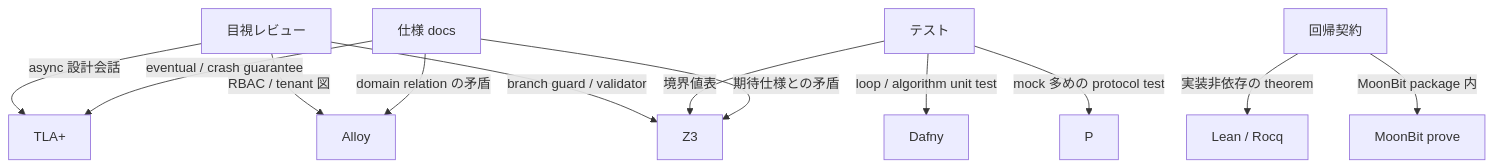
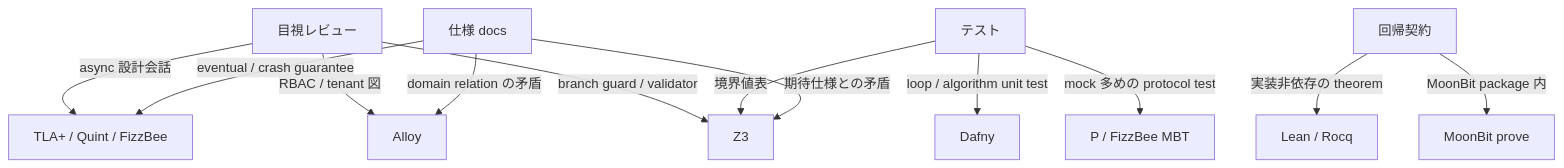
The third of 3 diagrams in book/tool-fit-map.md (mizchi/formal-methods-playground), drawn with Mermaid before and after one commit. The commit also changed other lines of this file and 48 other files, not shown here.

First line of the commit message:
Add Quint and FizzBee examples, Rocq stack compiler proof

````diff
--- a/book/tool-fit-map.md
+++ b/book/tool-fit-map.md
@@ -91,17 +99,17 @@
 ```mermaid
 flowchart TB
   REVIEW[目視レビュー] -->|branch guard / validator| Z3[Z3]
   REVIEW -->|RBAC / tenant 図| ALLOY[Alloy]
-  REVIEW -->|async 設計会話| TLA[TLA+]
+  REVIEW -->|async 設計会話| TLA[TLA+ / Quint / FizzBee]
 
   TEST[テスト] -->|境界値表| Z3
-  TEST -->|mock 多めの protocol test| P[P]
+  TEST -->|mock 多めの protocol test| P[P / FizzBee MBT]
   TEST -->|loop / algorithm unit test| DAFNY[Dafny]
 
   DOC[仕様 docs] -->|期待仕様との矛盾| Z3
   DOC -->|domain relation の矛盾| ALLOY
   DOC -->|eventual / crash guarantee| TLA
 
   CONTRACT[回帰契約] -->|MoonBit package 内| MOON[MoonBit prove]
   CONTRACT -->|実装非依存の theorem| LEAN[Lean / Rocq]
 ```
````
